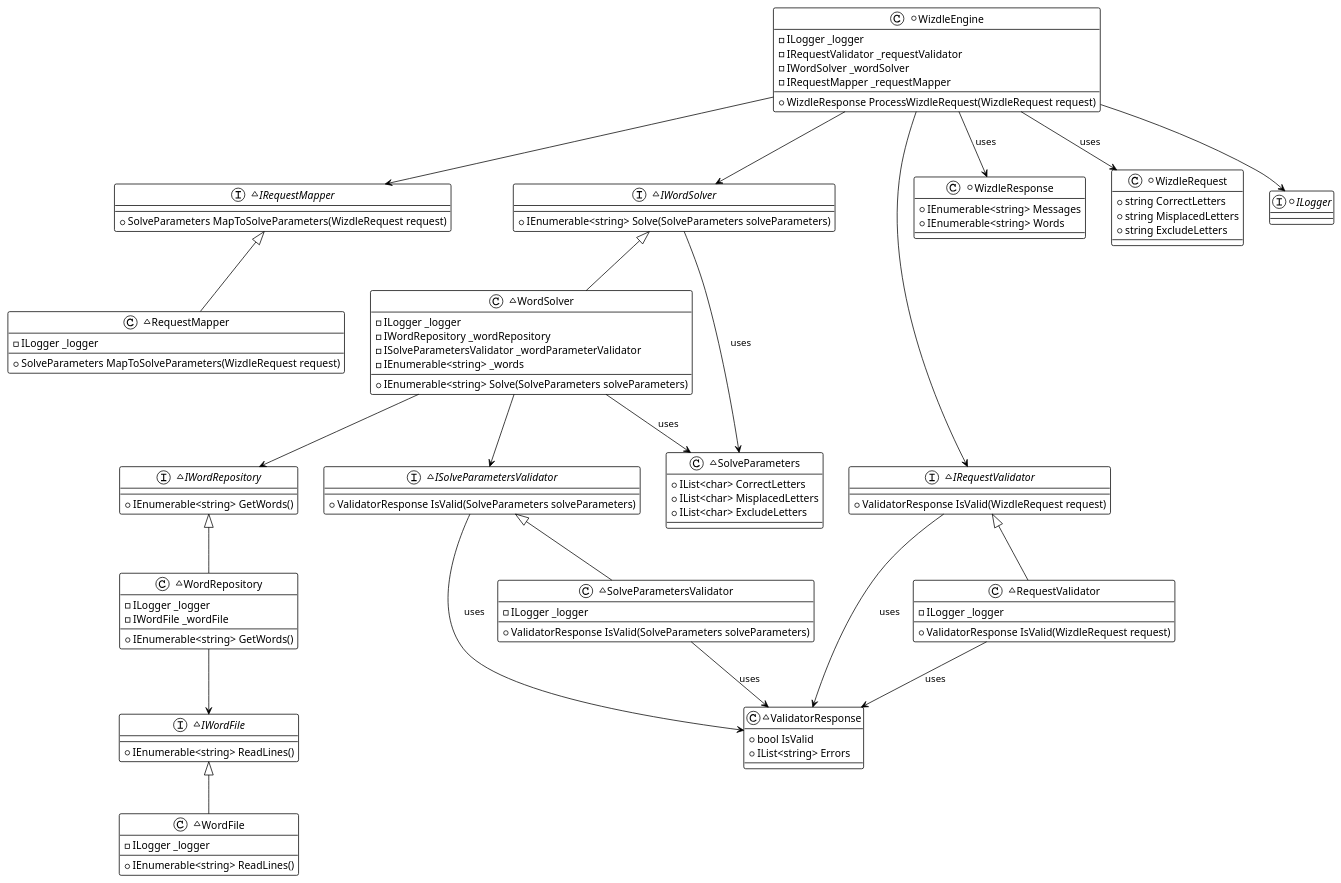
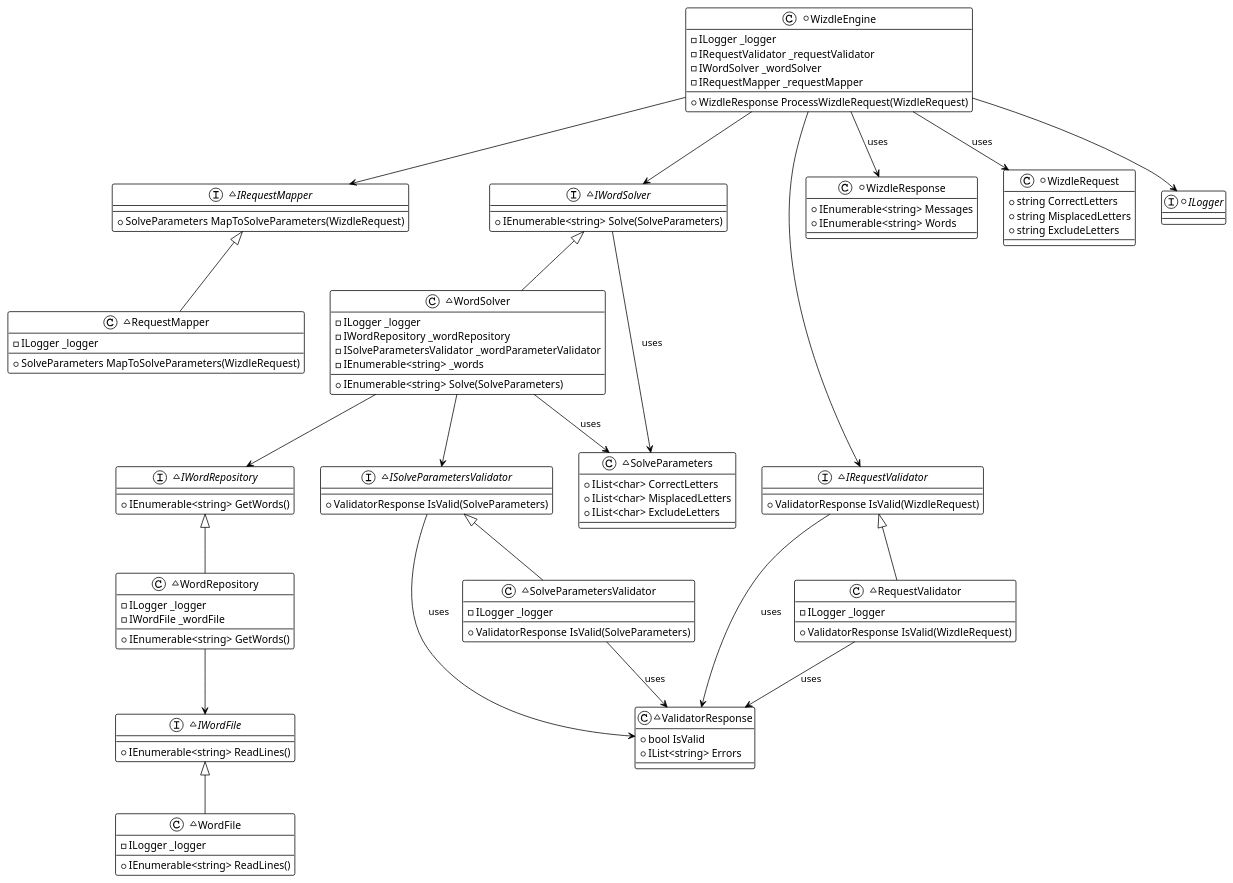
One commit to lyndychivs/Wizdle changed the diagram in Wizdle/Wizdle.puml. Above: the diagram before and after it, drawn with PlantUML.

```diff
--- a/Wizdle/Wizdle.puml
+++ b/Wizdle/Wizdle.puml
@@ -1,126 +1,126 @@
 @startuml
 !theme plain
 
 ~interface IWordFile {
     +IEnumerable<string> ReadLines()
 }
 
 ~class WordFile {
     -ILogger _logger
     +IEnumerable<string> ReadLines()
 }
 
 IWordFile <|-- WordFile
 
 ~interface IRequestMapper {
-    +SolveParameters MapToSolveParameters(WizdleRequest request)
+    +SolveParameters MapToSolveParameters(WizdleRequest)
 }
 
 ~class RequestMapper {
     -ILogger _logger
-    +SolveParameters MapToSolveParameters(WizdleRequest request)
+    +SolveParameters MapToSolveParameters(WizdleRequest)
 }
 
 IRequestMapper <|-- RequestMapper
 
 ~interface IWordRepository {
     +IEnumerable<string> GetWords()
 }
 
 ~class WordRepository {
     -ILogger _logger
     -IWordFile _wordFile
     +IEnumerable<string> GetWords()
 }
 
 IWordRepository <|-- WordRepository
 WordRepository --> IWordFile
 
 ~interface IWordSolver {
-    +IEnumerable<string> Solve(SolveParameters solveParameters)
+    +IEnumerable<string> Solve(SolveParameters)
 }
 
 ~class WordSolver {
     -ILogger _logger
     -IWordRepository _wordRepository
     -ISolveParametersValidator _wordParameterValidator
     -IEnumerable<string> _words
-    +IEnumerable<string> Solve(SolveParameters solveParameters)
+    +IEnumerable<string> Solve(SolveParameters)
 }
 
 ~class SolveParameters {
     +IList<char> CorrectLetters
     +IList<char> MisplacedLetters
     +IList<char> ExcludeLetters
 }
 
 IWordSolver <|-- WordSolver
 IWordSolver --> SolveParameters : uses
 WordSolver --> SolveParameters : uses
 WordSolver --> IWordRepository
 WordSolver --> ISolveParametersValidator
 
 ~interface ISolveParametersValidator {
-    +ValidatorResponse IsValid(SolveParameters solveParameters)
+    +ValidatorResponse IsValid(SolveParameters)
 }
 
 ~class SolveParametersValidator {
     -ILogger _logger
-    +ValidatorResponse IsValid(SolveParameters solveParameters)
+    +ValidatorResponse IsValid(SolveParameters)
 }
 
 ISolveParametersValidator <|-- SolveParametersValidator
 
 ~interface IRequestValidator {
-    +ValidatorResponse IsValid(WizdleRequest request)
+    +ValidatorResponse IsValid(WizdleRequest)
 }
 
 ~class RequestValidator {
     -ILogger _logger
-    +ValidatorResponse IsValid(WizdleRequest request)
+    +ValidatorResponse IsValid(WizdleRequest)
 }
 
 IRequestValidator <|-- RequestValidator
 
 ~class ValidatorResponse {
     +bool IsValid
     +IList<string> Errors
 }
 
 IRequestValidator --> ValidatorResponse : uses
 ISolveParametersValidator --> ValidatorResponse : uses
 RequestValidator --> ValidatorResponse : uses
 SolveParametersValidator --> ValidatorResponse : uses
 
 +class WizdleEngine {
     -ILogger _logger
     -IRequestValidator _requestValidator
     -IWordSolver _wordSolver
     -IRequestMapper _requestMapper
-    +WizdleResponse ProcessWizdleRequest(WizdleRequest request)
+    +WizdleResponse ProcessWizdleRequest(WizdleRequest)
 }
 
 WizdleEngine --> IRequestValidator
 WizdleEngine --> IWordSolver
 WizdleEngine --> IRequestMapper
 
 +class WizdleResponse {
     +IEnumerable<string> Messages
     +IEnumerable<string> Words
 }
 
 +class WizdleRequest {
     +string CorrectLetters
     +string MisplacedLetters
     +string ExcludeLetters
 }
 
 WizdleEngine --> WizdleRequest : uses
 WizdleEngine --> WizdleResponse : uses
 
 +interface ILogger {
 }
 
 WizdleEngine --> ILogger
 
 @enduml
```
